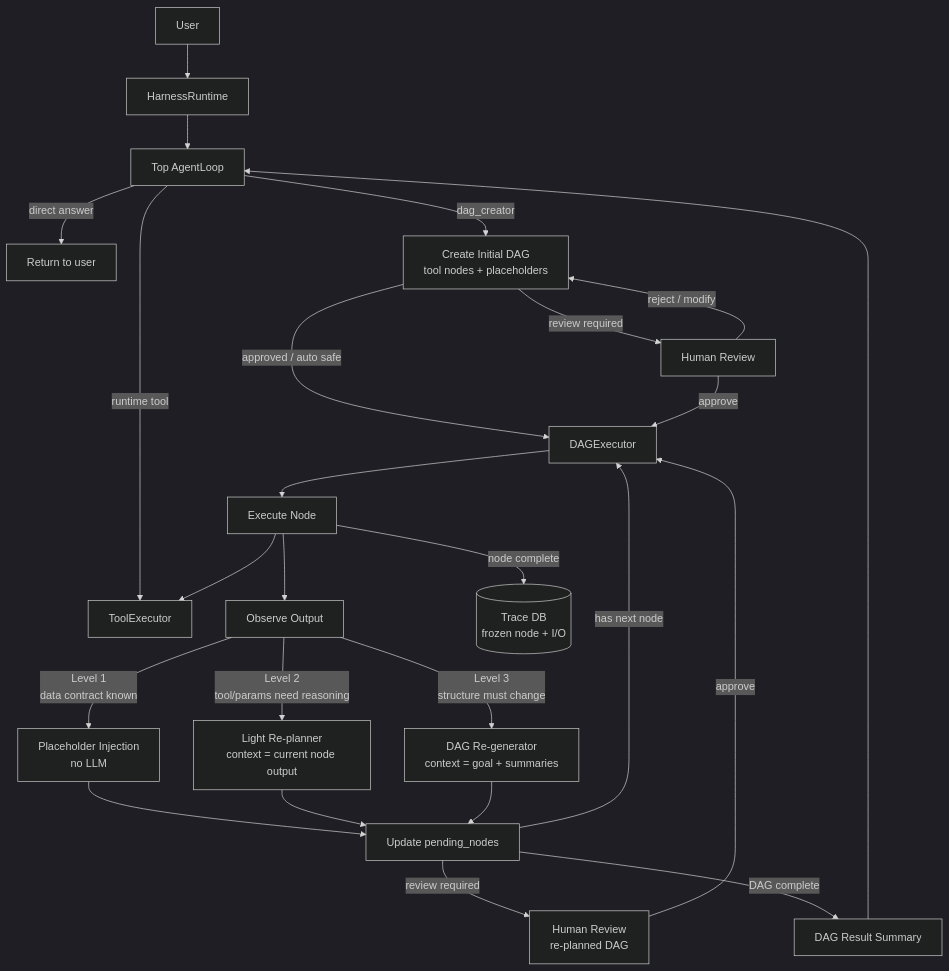
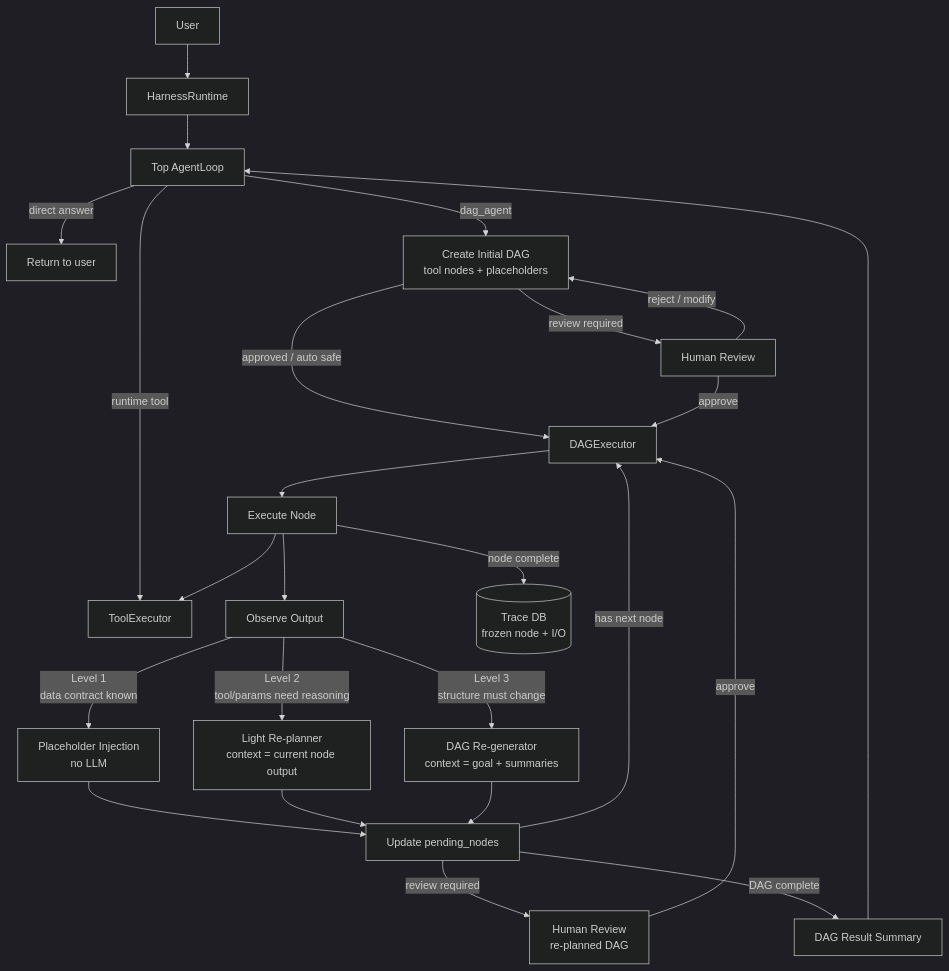
The diagram in README.md (RobotSe7en/dagent), drawn with Mermaid (dark theme) before and after one commit. The commit also changed other lines of this file and 38 other files, not shown here.

Commit message:
Rename DAG creator to DAG agent

````diff
--- a/README.md
+++ b/README.md
@@ -52,34 +52,34 @@
 ```mermaid
 flowchart TD
   U["User"] --> R["HarnessRuntime"]
   R --> A["Top AgentLoop"]
 
   A -->|"direct answer"| O["Return to user"]
   A -->|"runtime tool"| T["ToolExecutor"]
-  A -->|"dag_creator"| D["Create Initial DAG\ntool nodes + placeholders"]
+  A -->|"dag_agent"| D["Create Initial DAG\ntool nodes + placeholders"]
 
   D -->|"review required"| UI["Human Review"]
   D -->|"approved / auto safe"| E["DAGExecutor"]
   UI -->|"approve"| E
   UI -->|"reject / modify"| D
 
   E --> N["Execute Node"]
   N --> T
   N --> OBS["Observe Output"]
   N -->|"node complete"| TR[("Trace DB\nfrozen node + I/O")]
 
   OBS -->|"Level 1\ndata contract known"| INJ["Placeholder Injection\nno LLM"]
   OBS -->|"Level 2\ntool/params need reasoning"| RP["Light Re-planner\ncontext = current node output"]
   OBS -->|"Level 3\nstructure must change"| RG["DAG Re-generator\ncontext = goal + summaries"]
 
   INJ --> NXT["Update pending_nodes"]
   RP --> NXT
   RG --> NXT
 
   NXT -->|"has next node"| E
   NXT -->|"review required"| UI2["Human Review\nre-planned DAG"]
   UI2 -->|"approve"| E
 
   NXT -->|"DAG complete"| DR["DAG Result Summary"]
   DR --> A
 ```
````
